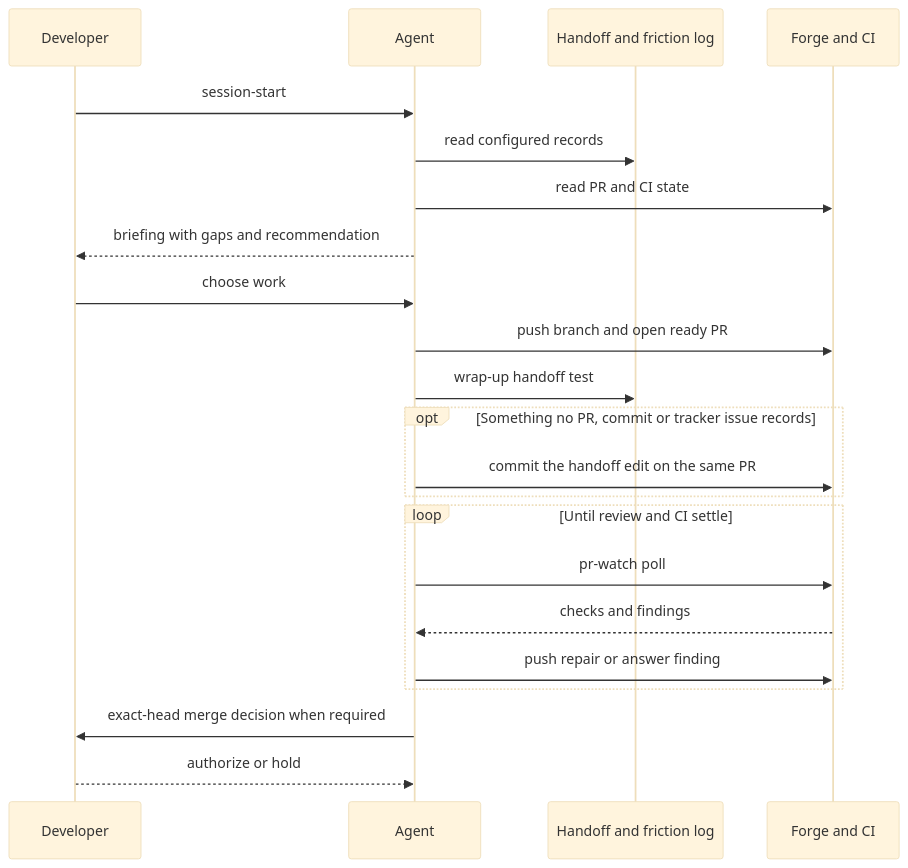
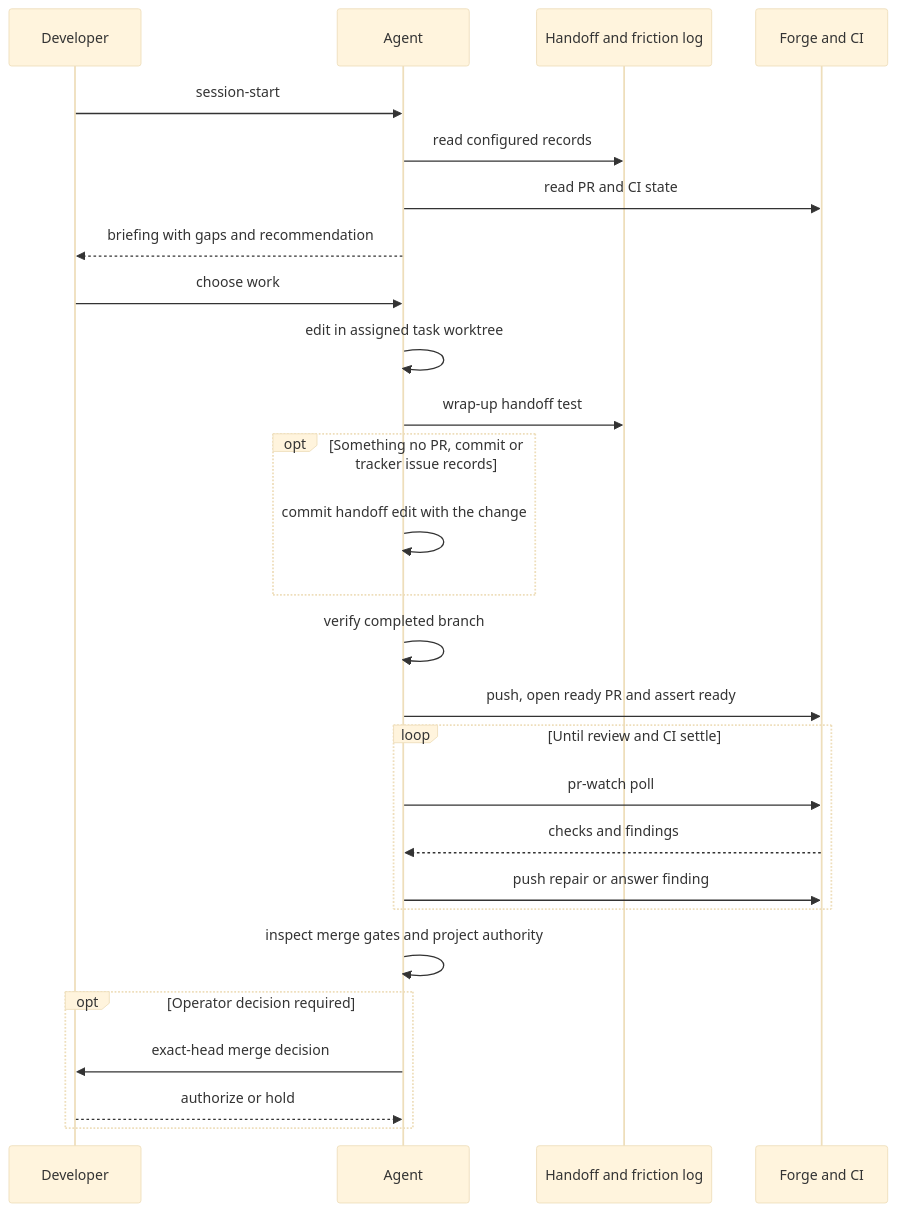
The second of 6 diagrams in docs/architecture.md (topij/agentic-dev-kit), drawn with Mermaid (base theme) before and after one commit. The commit also changed other lines of this file and 3 other files, not shown here.

````diff
--- a/docs/architecture.md
+++ b/docs/architecture.md
@@ -73,24 +83,29 @@
 ```mermaid
 sequenceDiagram
     participant Developer
     participant Agent
     participant Records as Handoff and friction log
     participant Forge as Forge and CI
     Developer->>Agent: session-start
     Agent->>Records: read configured records
     Agent->>Forge: read PR and CI state
     Agent-->>Developer: briefing with gaps and recommendation
     Developer->>Agent: choose work
-    Agent->>Forge: push branch and open ready PR
+    Agent->>Agent: edit in assigned task worktree
     Agent->>Records: wrap-up handoff test
     opt Something no PR, commit or tracker issue records
-        Agent->>Forge: commit the handoff edit on the same PR
+        Agent->>Agent: commit handoff edit with the change
     end
+    Agent->>Agent: verify completed branch
+    Agent->>Forge: push, open ready PR and assert ready
     loop Until review and CI settle
         Agent->>Forge: pr-watch poll
         Forge-->>Agent: checks and findings
         Agent->>Forge: push repair or answer finding
     end
-    Agent->>Developer: exact-head merge decision when required
-    Developer-->>Agent: authorize or hold
+    Agent->>Agent: inspect merge gates and project authority
+    opt Operator decision required
+        Agent->>Developer: exact-head merge decision
+        Developer-->>Agent: authorize or hold
+    end
 ```
````
